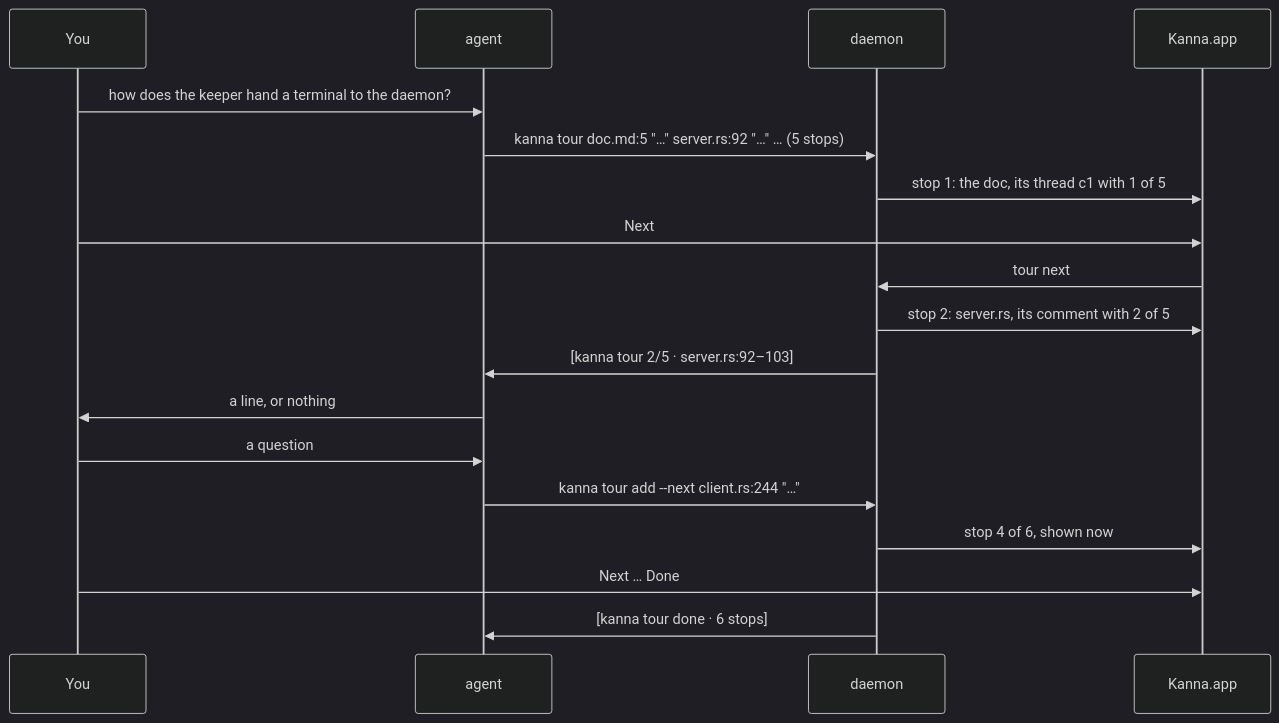
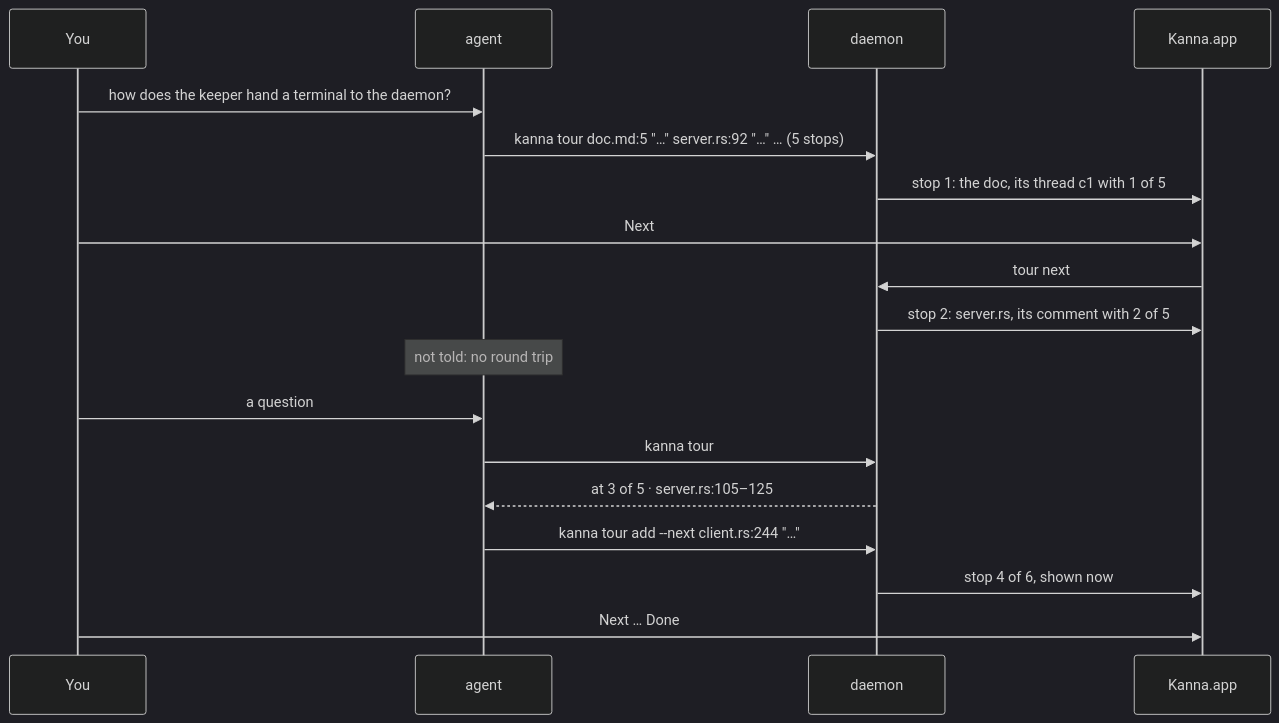
The diagram in docs/specs/code-tour-steps.md (tampopogk/kanna), drawn with Mermaid (dark theme) before and after one commit. The commit also changed other lines of this file and 4 other files, not shown here.

Commit message:
Code tour steps: stepping doesn't involve the agent, so there's no round trip between stops; on a question the agent runs kanna tour to see where the user is and answers with a stop after it; the mockup's terminal and the spec's pictures follow

````diff
--- a/docs/specs/code-tour-steps.md
+++ b/docs/specs/code-tour-steps.md
@@ -19,20 +19,20 @@
 ```mermaid
 sequenceDiagram
     participant You
     participant A as agent
     participant D as daemon
     participant App as Kanna.app
     You->>A: how does the keeper hand a terminal to the daemon?
     A->>D: kanna tour doc.md:5 "…" server.rs:92 "…" … (5 stops)
     D->>App: stop 1: the doc, its thread c1 with 1 of 5
     You->>App: Next
     App->>D: tour next
     D->>App: stop 2: server.rs, its comment with 2 of 5
-    D->>A: [kanna tour 2/5 · server.rs:92–103]
-    A->>You: a line, or nothing
+    Note over A: not told: no round trip
     You->>A: a question
+    A->>D: kanna tour
+    D-->>A: at 3 of 5 · server.rs:105–125
     A->>D: kanna tour add --next client.rs:244 "…"
     D->>App: stop 4 of 6, shown now
     You->>App: Next … Done
-    D->>A: [kanna tour done · 6 stops]
 ```
````
